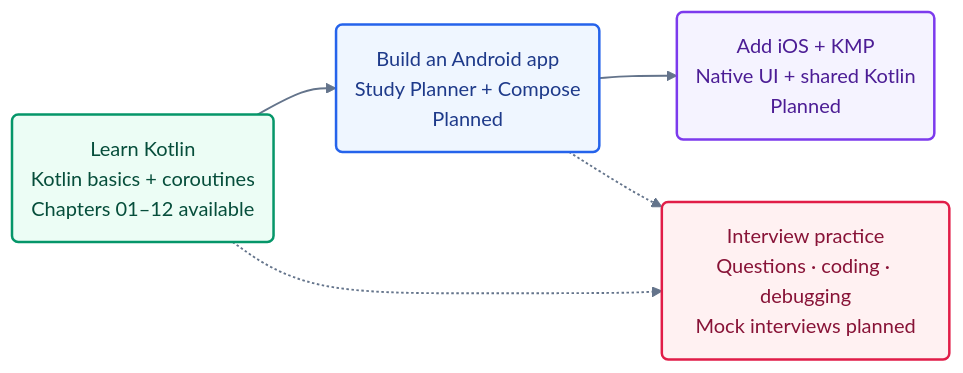
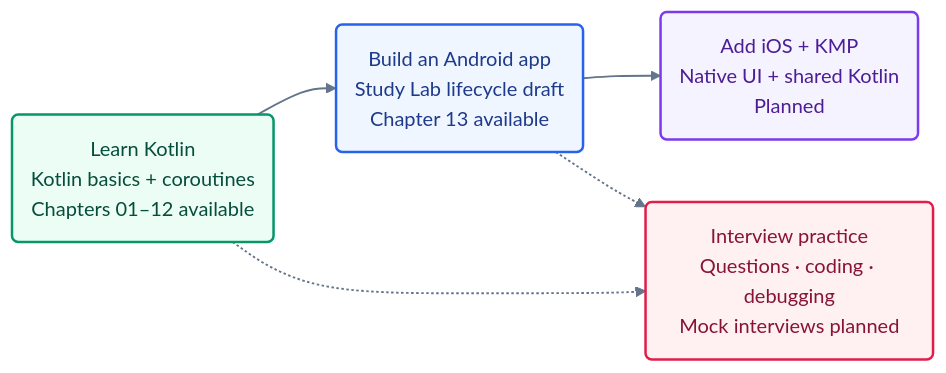
One commit to roshanevala/Kotlin-101-The-Mobile-Workshop changed the diagram in README.md. Above: the diagram before and after it, drawn with Mermaid. The commit also changed other lines of this file and 37 other files, not shown here.

Commit message:
feat: add chapter 13 Android runtime and lifecycle

````diff
--- a/README.md
+++ b/README.md
@@ -11,20 +11,20 @@
 ```mermaid
 flowchart LR
     accTitle: From Kotlin basics to a mobile app and interview practice
     accDescr: Start with the available Kotlin lessons. Build an Android app, then add iOS and shared Kotlin logic in planned stages. Practise lesson questions and debugging along the way; dedicated coding challenges and mock interviews are planned.
 
     K("Learn Kotlin<br/>Kotlin basics + coroutines<br/>Chapters 01–12 available"):::basics
-    A("Build an Android app<br/>Study Planner + Compose<br/>Planned"):::android
+    A("Build an Android app<br/>Study Lab lifecycle draft<br/>Chapter 13 available"):::android
     M("Add iOS + KMP<br/>Native UI + shared Kotlin<br/>Planned"):::multiplatform
     I("Interview practice<br/>Questions · coding · debugging<br/>Mock interviews planned"):::interview
 
     K --> A --> M
     K -.-> I
     A -.-> I
 
     classDef basics fill:#ecfdf5,stroke:#059669,color:#064e3b,stroke-width:2px
     classDef android fill:#eff6ff,stroke:#2563eb,color:#1e3a8a,stroke-width:2px
     classDef multiplatform fill:#f5f3ff,stroke:#7c3aed,color:#4c1d95,stroke-width:2px
     classDef interview fill:#fff1f2,stroke:#e11d48,color:#881337,stroke-width:2px
     linkStyle default stroke:#64748b,stroke-width:1.5px
 ```
````
